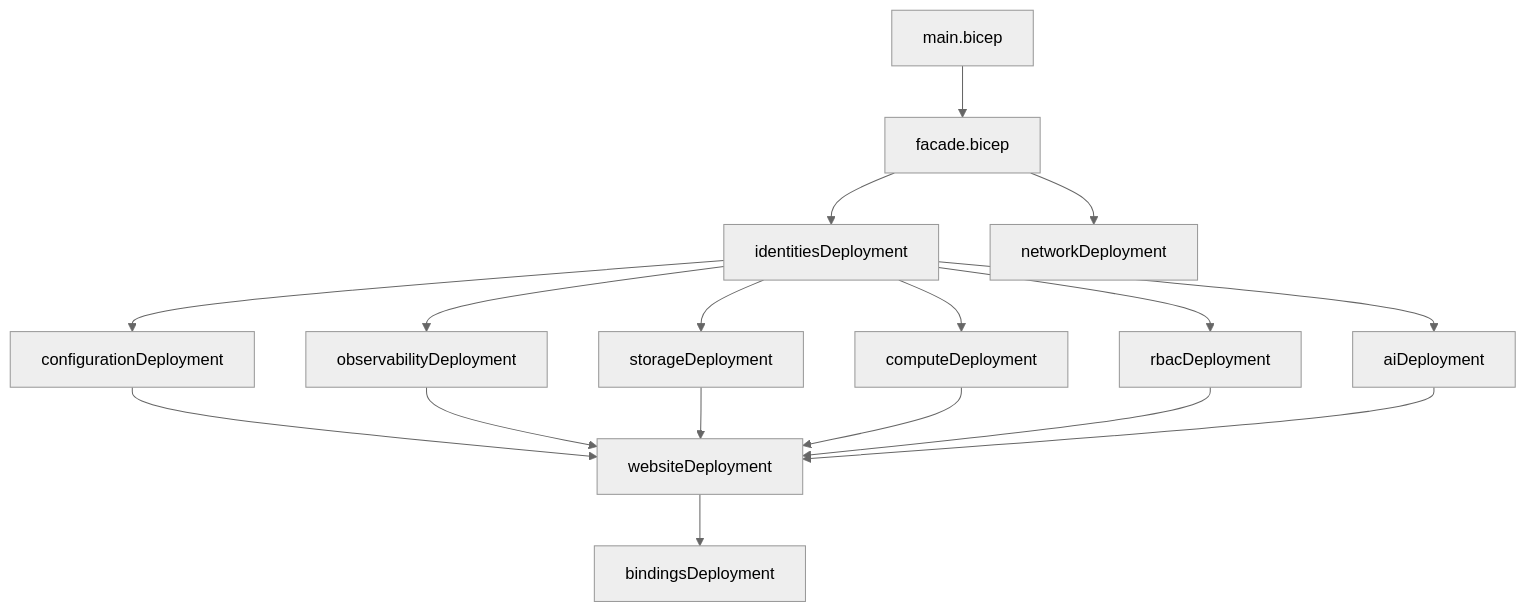
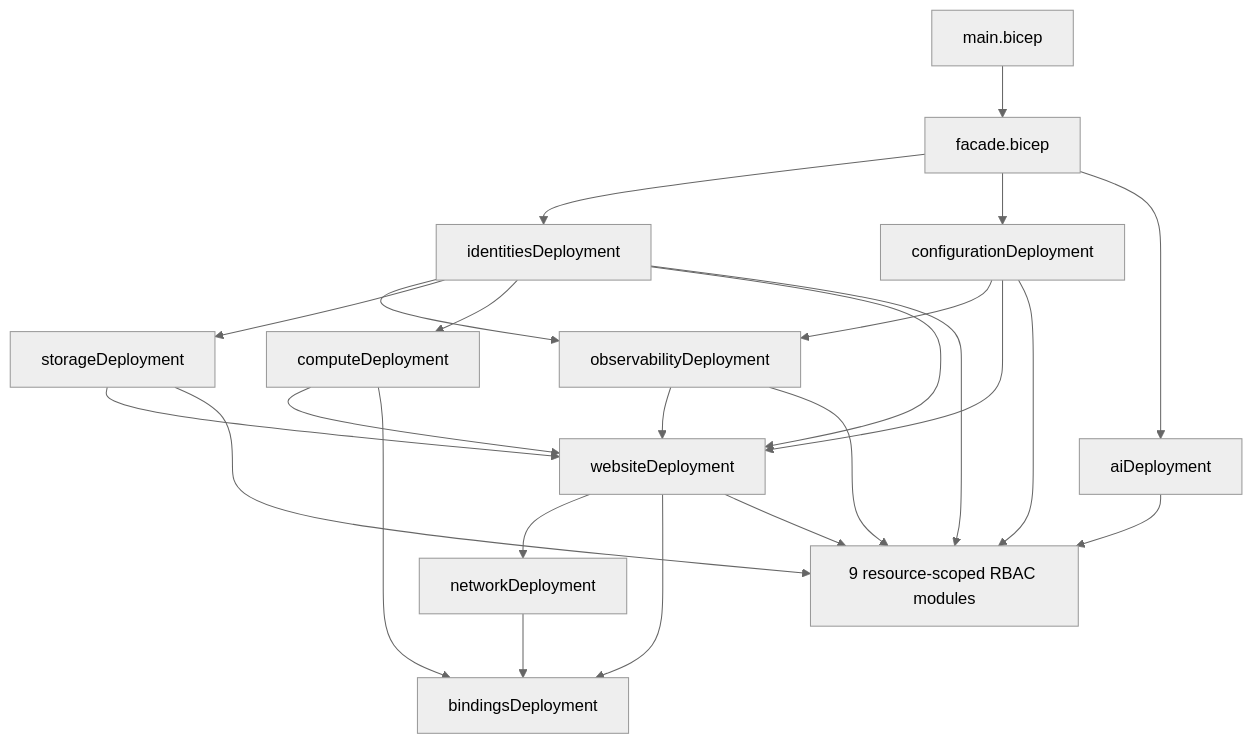
Before and after one commit to arolariu/arolariu.ro: the diagram in infra/Azure/Bicep/README.md, drawn with Mermaid (neutral theme). The commit also changed other lines of this file and 2 other files, not shown here.

````diff
--- a/infra/Azure/Bicep/README.md
+++ b/infra/Azure/Bicep/README.md
@@ -122,21 +141,26 @@
 ```mermaid
 graph TD
     A[main.bicep] --> B[facade.bicep]
-    B --> C[identitiesDeployment]
-    B --> D[networkDeployment]
-    C --> E[configurationDeployment]
-    C --> F[observabilityDeployment]
-    C --> G[storageDeployment]
-    C --> H[computeDeployment]
-    C --> I[rbacDeployment]
-    C --> J[aiDeployment]
-
-    E --> K[websiteDeployment]
-    F --> K
-    G --> K
-    H --> K
-    I --> K
-    J --> K
-
-    K --> L[bindingsDeployment]
+    B --> ID[identitiesDeployment]
+    B --> CFG[configurationDeployment]
+    B --> AI[aiDeployment]
+    ID --> OBS[observabilityDeployment]
+    CFG --> OBS
+    ID --> STG[storageDeployment]
+    ID --> CMP[computeDeployment]
+    STG --> WEB[websiteDeployment]
+    CFG --> WEB
+    OBS --> WEB
+    CMP --> WEB
+    ID --> WEB
+    WEB --> NET[networkDeployment]
+    WEB --> BND[bindingsDeployment]
+    NET --> BND
+    CMP --> BND
+    ID --> RBAC[9 resource-scoped RBAC modules]
+    STG --> RBAC
+    CFG --> RBAC
+    OBS --> RBAC
+    AI --> RBAC
+    WEB --> RBAC
 ```
````
